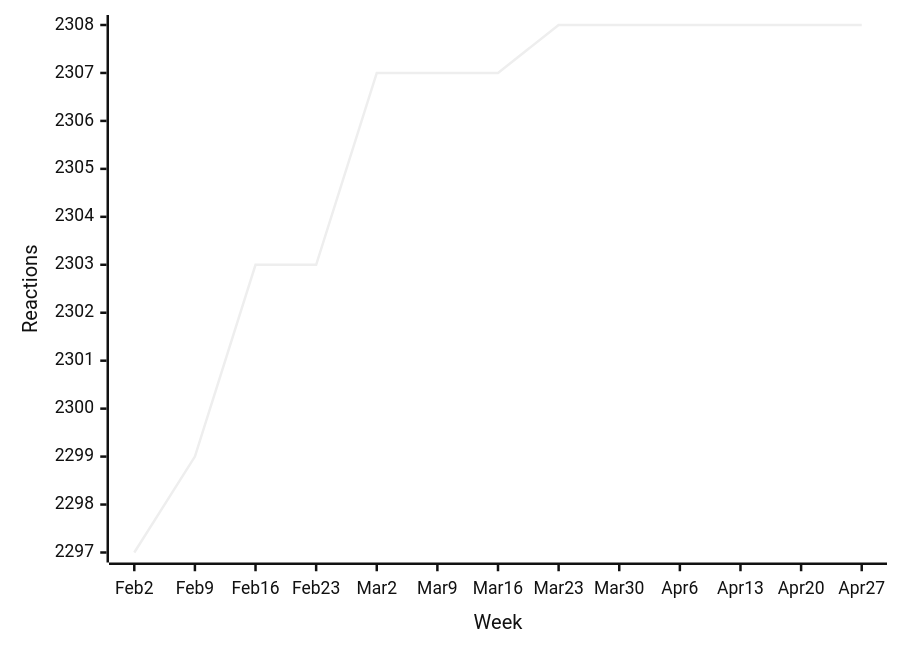
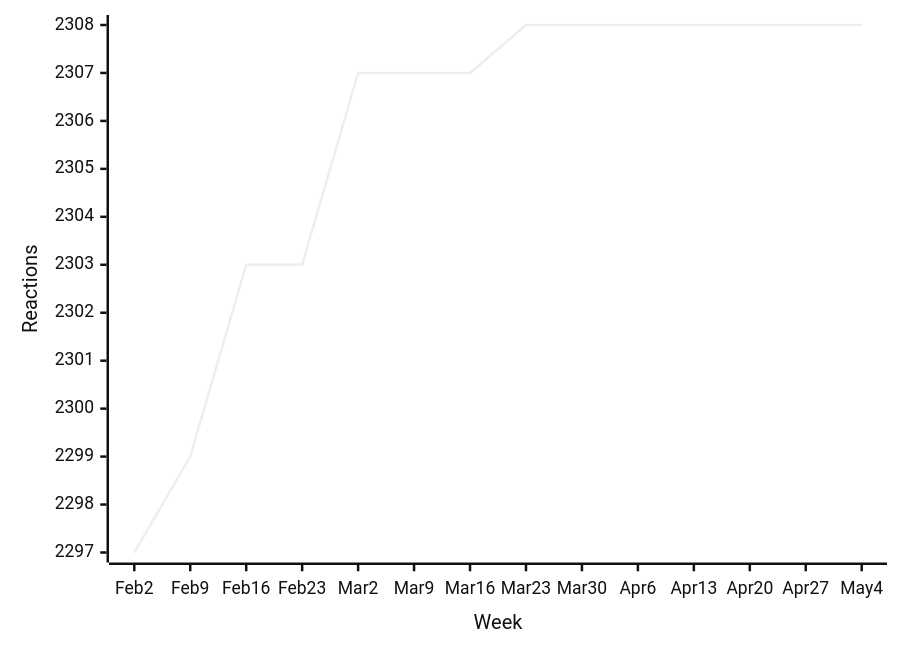
Diagram 15 of 56 in README.md (loic-sharma/github-insights), drawn with Mermaid (neutral theme) before and after one commit. The commit also changed other lines of this file and 3 other files, not shown here.

````diff
--- a/README.md
+++ b/README.md
@@ -577,6 +577,6 @@
   ```mermaid
   xychart-beta
-    x-axis "Week" [Feb 2, Feb 9, Feb 16, Feb 23, Mar 2, Mar 9, Mar 16, Mar 23, Mar 30, Apr 6, Apr 13, Apr 20, Apr 27]
+    x-axis "Week" [Feb 2, Feb 9, Feb 16, Feb 23, Mar 2, Mar 9, Mar 16, Mar 23, Mar 30, Apr 6, Apr 13, Apr 20, Apr 27, May 4]
     y-axis "Reactions"
-    line [2297, 2299, 2303, 2303, 2307, 2307, 2307, 2308, 2308, 2308, 2308, 2308, 2308]
+    line [2297, 2299, 2303, 2303, 2307, 2307, 2307, 2308, 2308, 2308, 2308, 2308, 2308, 2308]
   ```
````
